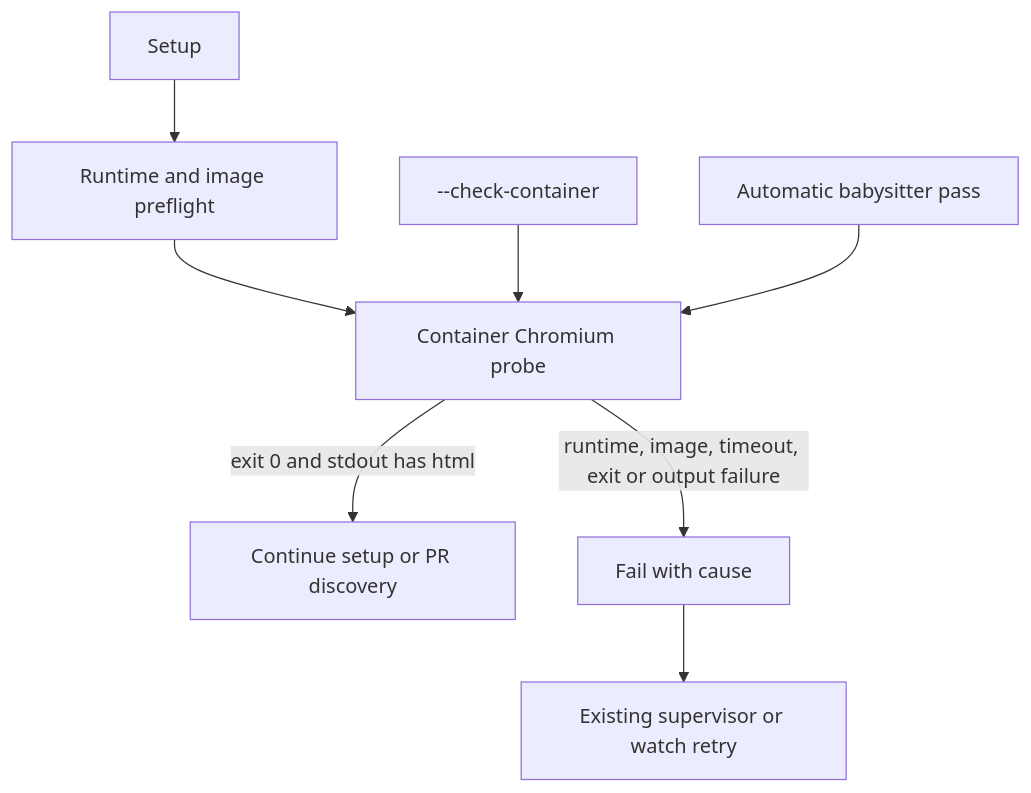
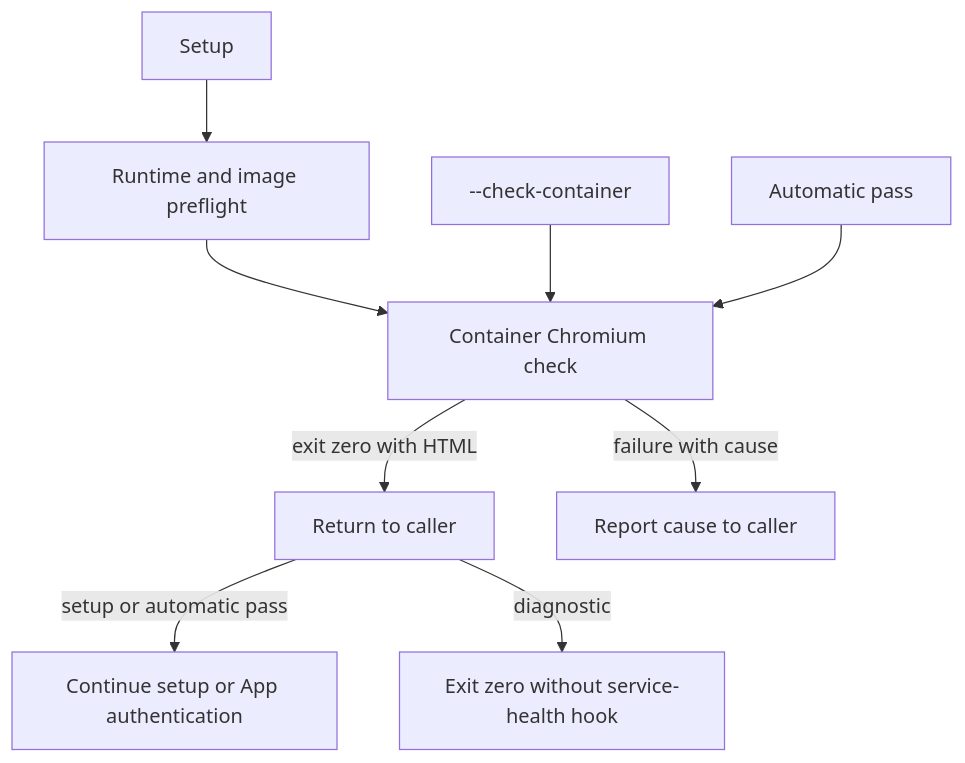
The diagram in docs/archive/pr-summaries/pr-summary-4771.md (stSoftwareAU/VibeCoder), drawn with Mermaid before and after one commit. The commit also changed other lines of this file and 11 other files, not shown here.

First line of the commit message:
Fix Chromium self-check review findings (#4771)

````diff
--- a/docs/archive/pr-summaries/pr-summary-4771.md
+++ b/docs/archive/pr-summaries/pr-summary-4771.md
@@ -43,10 +54,11 @@
 ```mermaid
 flowchart TD
     Setup[Setup] --> Preflight[Runtime and image preflight]
-    Preflight --> Probe[Container Chromium probe]
+    Preflight --> Probe[Container Chromium check]
     CLI[--check-container] --> Probe
-    Pass[Automatic babysitter pass] --> Probe
-    Probe -->|exit 0 and stdout has html| Continue[Continue setup or PR discovery]
-    Probe -->|runtime, image, timeout, exit or output failure| Fail[Fail with cause]
-    Fail --> Retry[Existing supervisor or watch retry]
+    Pass[Automatic pass] --> Probe
+    Probe -->|exit zero with HTML| Success[Return to caller]
+    Success -->|setup or automatic pass| Continue[Continue setup or App authentication]
+    Success -->|diagnostic| Exit[Exit zero without service-health hook]
+    Probe -->|failure with cause| Fail[Report cause to caller]
 ```
````
